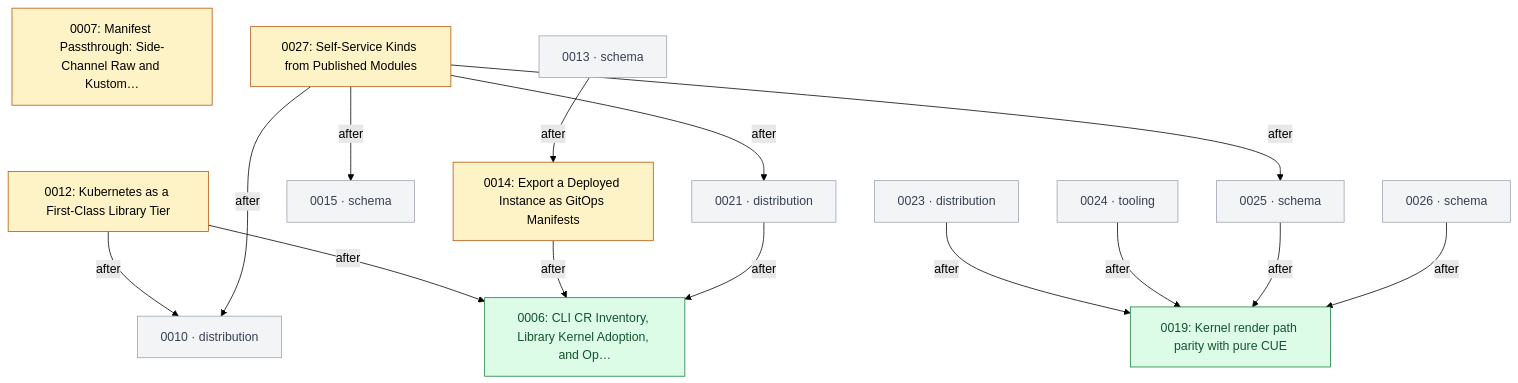
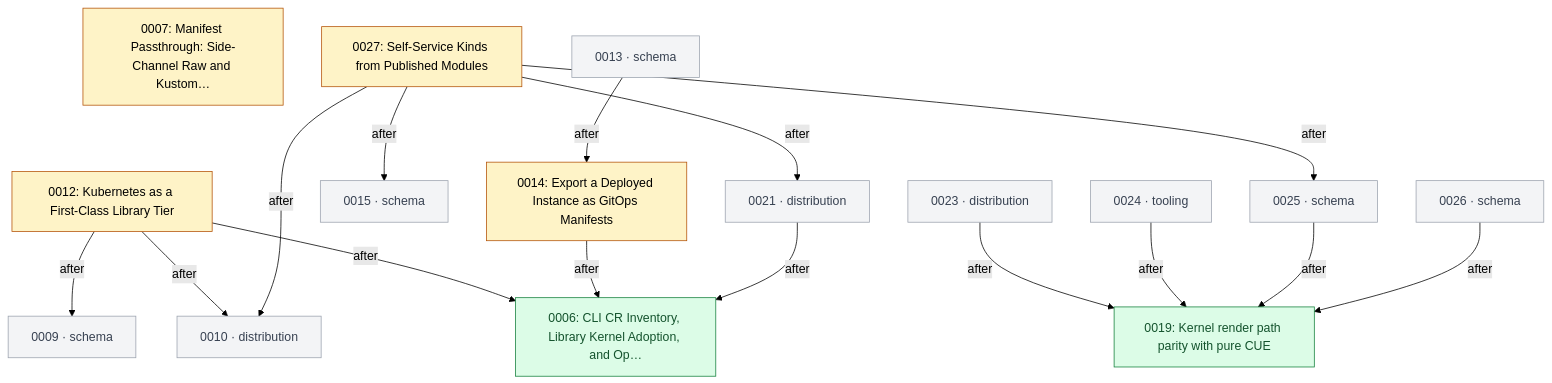
The third of 6 diagrams in GRAPH.md (open-platform-model/enhancements), drawn with Mermaid (forest theme) before and after one commit. The commit also changed other lines of this file and 1 other file, not shown here.

Commit message:
chore: regenerate INDEX.md and GRAPH.md after the seeds and the first conversions

````diff
--- a/GRAPH.md
+++ b/GRAPH.md
@@ -86,40 +88,42 @@
 ```mermaid
 graph TD
   classDef draft       fill:#fef3c7,stroke:#b45309,color:#000
   classDef accepted    fill:#dbeafe,stroke:#1d4ed8,color:#000
   classDef rejected    fill:#fee2e2,stroke:#b91c1c,color:#7f1d1d,stroke-dasharray:4 2
   classDef withdrawn   fill:#fef2f2,stroke:#b91c1c,color:#7f1d1d,stroke-dasharray:1 3
   classDef superseded  fill:#e5e7eb,stroke:#6b7280,color:#6b7280
   classDef delivered   fill:#dcfce7,stroke:#15803d,color:#14532d
   classDef stub        fill:#f3f4f6,stroke:#9ca3af,color:#374151
   classDef category    fill:#ede9fe,stroke:#6d28d9,color:#000
 
   N0006["0006: CLI CR Inventory, Library Kernel Adoption, and Op…"]:::delivered
   N0007["0007: Manifest Passthrough: Side-Channel Raw and Kustom…"]:::draft
   N0012["0012: Kubernetes as a First-Class Library Tier"]:::draft
   N0014["0014: Export a Deployed Instance as GitOps Manifests"]:::draft
   N0019["0019: Kernel render path parity with pure CUE"]:::delivered
   N0027["0027: Self-Service Kinds from Published Modules"]:::draft
+  N0009["0009 · schema"]:::stub
   N0010["0010 · distribution"]:::stub
   N0013["0013 · schema"]:::stub
   N0015["0015 · schema"]:::stub
   N0021["0021 · distribution"]:::stub
   N0023["0023 · distribution"]:::stub
   N0024["0024 · tooling"]:::stub
   N0025["0025 · schema"]:::stub
   N0026["0026 · schema"]:::stub
 
   N0012 -->|after| N0006
+  N0012 -->|after| N0009
   N0012 -->|after| N0010
   N0013 -->|after| N0014
   N0014 -->|after| N0006
   N0021 -->|after| N0006
   N0023 -->|after| N0019
   N0024 -->|after| N0019
   N0025 -->|after| N0019
   N0026 -->|after| N0019
   N0027 -->|after| N0010
   N0027 -->|after| N0015
   N0027 -->|after| N0021
   N0027 -->|after| N0025
 ```
````
